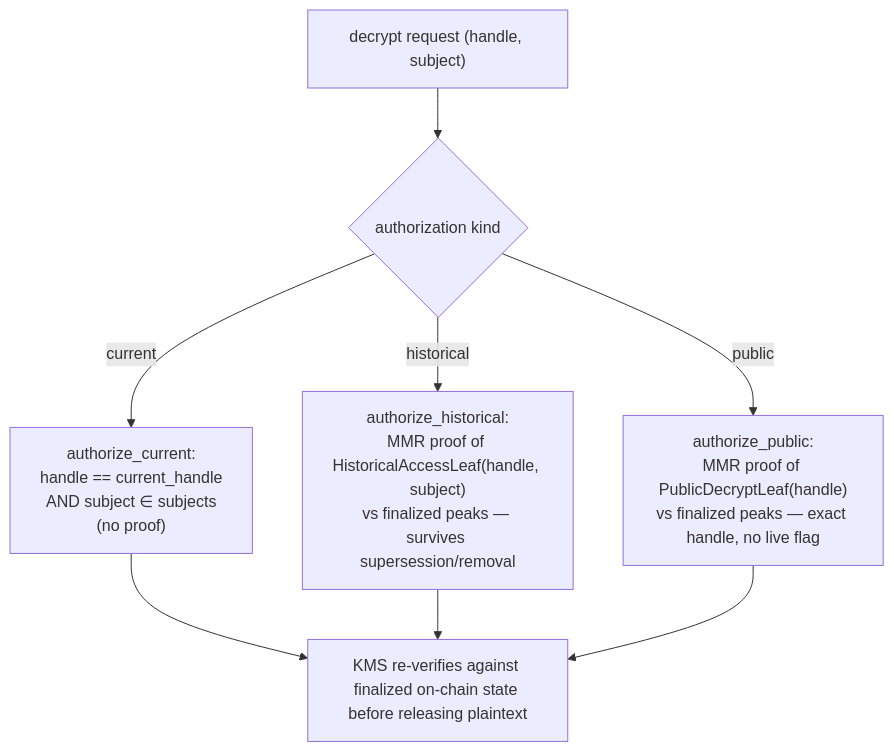
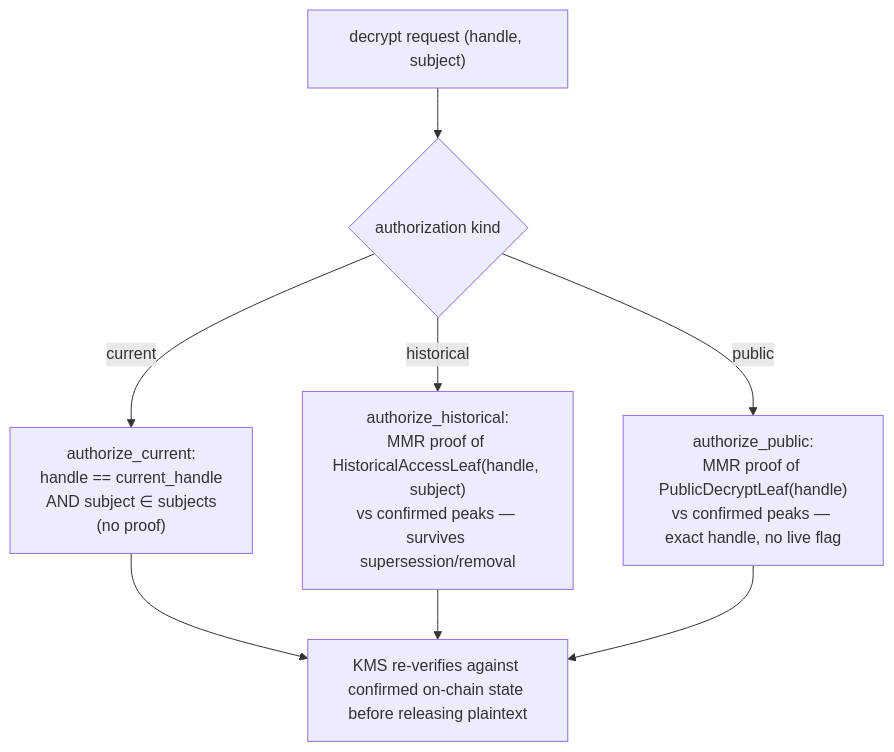
Before and after one commit to zama-ai/fhevm: the fourth of 6 diagrams in solana/docs/MMR_ACL_MVP.md, drawn with Mermaid. The commit also changed other lines of this file and 10 other files, not shown here.

Commit message:
fix(solana): use confirmed decrypt state

````diff
--- a/solana/docs/MMR_ACL_MVP.md
+++ b/solana/docs/MMR_ACL_MVP.md
@@ -129,8 +130,8 @@
 ```mermaid
 flowchart TD
     req["decrypt request (handle, subject)"] --> kind{authorization kind}
     kind -->|"current"| ac["authorize_current:<br/>handle == current_handle<br/>AND subject ∈ subjects<br/>(no proof)"]
-    kind -->|"historical"| ah["authorize_historical:<br/>MMR proof of HistoricalAccessLeaf(handle, subject)<br/>vs finalized peaks — survives supersession/removal"]
-    kind -->|"public"| ap["authorize_public:<br/>MMR proof of PublicDecryptLeaf(handle)<br/>vs finalized peaks — exact handle, no live flag"]
-    ac & ah & ap --> kms["KMS re-verifies against finalized on-chain state before releasing plaintext"]
+    kind -->|"historical"| ah["authorize_historical:<br/>MMR proof of HistoricalAccessLeaf(handle, subject)<br/>vs confirmed peaks — survives supersession/removal"]
+    kind -->|"public"| ap["authorize_public:<br/>MMR proof of PublicDecryptLeaf(handle)<br/>vs confirmed peaks — exact handle, no live flag"]
+    ac & ah & ap --> kms["KMS re-verifies against confirmed on-chain state before releasing plaintext"]
 ```
````
